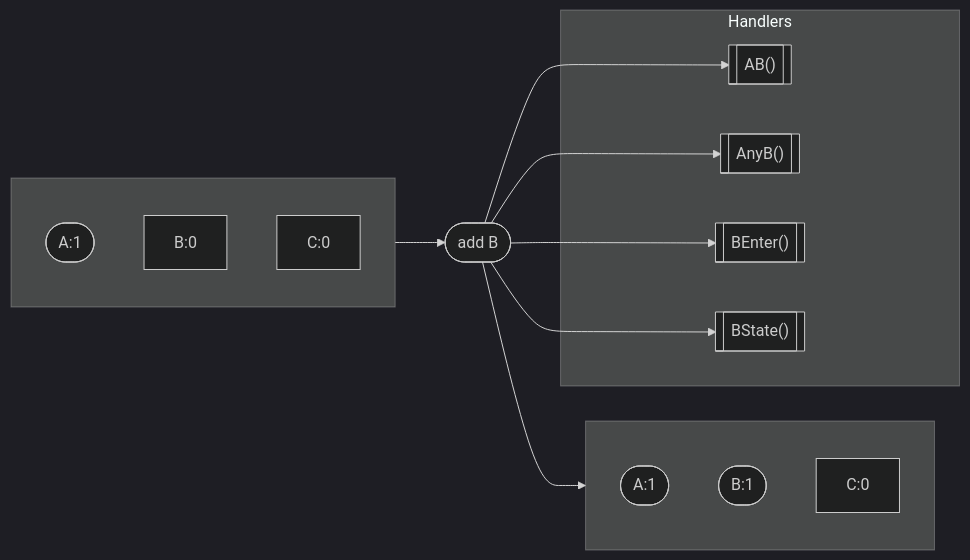
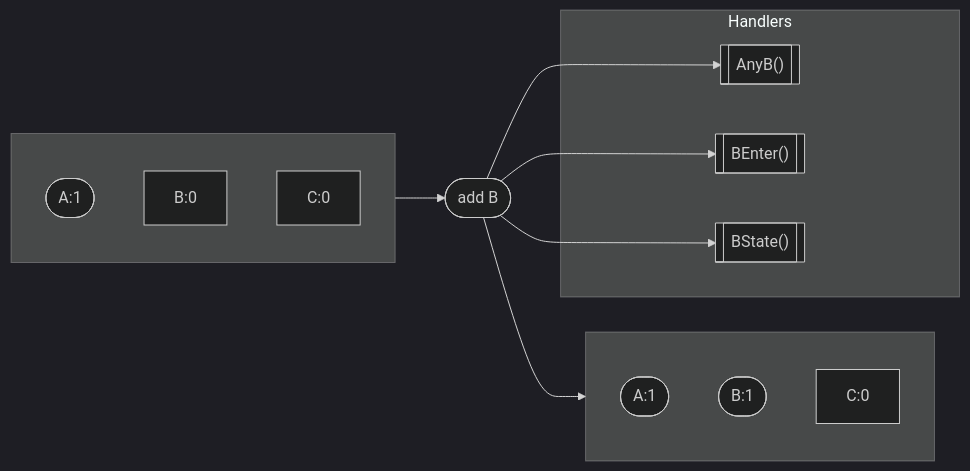
One commit to pancsta/asyncmachine-go changed the sixth of 12 diagrams in docs/diagrams.md. Above: the diagram before and after it, drawn with Mermaid (dark theme). The commit also changed other lines of this file and 2 other files, not shown here.

Commit message:
chore: update readmes

````diff
--- a/docs/diagrams.md
+++ b/docs/diagrams.md
@@ -161,26 +161,24 @@
 ```mermaid
 flowchart LR
     subgraph HandlersBefore[ ]
         A1([A:1])
         B1[B:0]
         C1[C:0]
     end
     subgraph HandlersAfter[ ]
         A2([A:1])
         B2([B:1])
         C2[C:0]
     end
     HandlersMutation([add B])
     HandlersBefore --> HandlersMutation
     HandlersMutation --> HandlersAfter
-    HandlersMutation --> AB
     HandlersMutation --> AnyB
     HandlersMutation --> BEnter
     HandlersMutation --> BState
     subgraph Handlers
-        AB[["AB()"]]
         AnyB[["AnyB()"]]
         BEnter[["BEnter()"]]
         BState[["BState()"]]
     end
 ```
````
